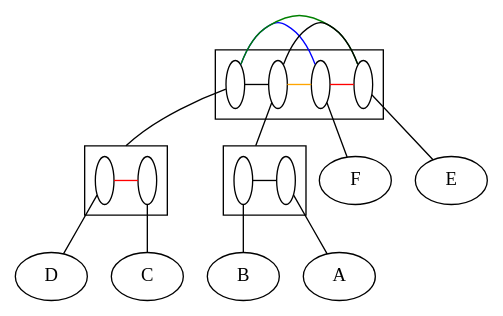
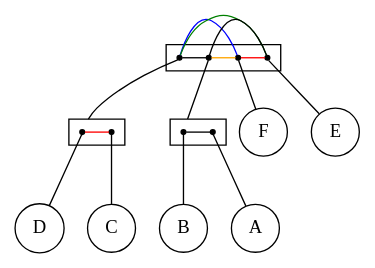
Before and after one commit to lrodrin/TFG: the diagram in src/final/Structure2.dot, drawn with Graphviz. The commit also changed 14 other files, not shown here.

```diff
--- a/src/final/Structure2.dot
+++ b/src/final/Structure2.dot
@@ -1,54 +1,56 @@
 digraph G {
-compound=True;
-F;
-E;
-B;
-A;
-D;
-C;
-subgraph cluster_FDACBE {
-s_CD [label=" ", fillcolor=white, fixedsize=True, width=0.2];
-s_AB [label=" ", fillcolor=white, fixedsize=True, width=0.2];
-s_F [label=" ", fillcolor=white, fixedsize=True, width=0.2];
-s_E [label=" ", fillcolor=white, fixedsize=True, width=0.2];
+compound=true;
+fontname=Verdana;
+fontsize=12;
+F [shape=circle];
+E [shape=circle];
+B [shape=circle];
+A [shape=circle];
+D [shape=circle];
+C [shape=circle];
+subgraph cluster_DCBFAE {
+s_DC [label=" ", fixedsize=true, shape=point];
+s_AB [label=" ", fixedsize=true, shape=point];
+s_F [label=" ", fixedsize=true, shape=point];
+s_E [label=" ", fixedsize=true, shape=point];
 subgraph  {
 rank=same;
-s_CD -> s_AB  [arrowhead=none, color=black];
-s_CD -> s_F  [arrowhead=none, color=blue];
-s_CD -> s_E  [arrowhead=none, color=green];
+s_DC -> s_AB  [arrowhead=none, color=black];
+s_DC -> s_F  [arrowhead=none, color=blue];
+s_DC -> s_E  [arrowhead=none, color=green];
 s_AB -> s_F  [arrowhead=none, color=orange];
 s_AB -> s_E  [arrowhead=none, color=black];
 s_F -> s_E  [arrowhead=none, color=red];
 }
 
 }
 
 subgraph cluster_AB {
-s_B [label=" ", fillcolor=white, fixedsize=True, width=0.2];
-s_A [label=" ", fillcolor=white, fixedsize=True, width=0.2];
+s_B [label=" ", fixedsize=true, shape=point];
+s_A [label=" ", fixedsize=true, shape=point];
 subgraph  {
 rank=same;
 s_B -> s_A  [arrowhead=none, color=black];
 }
 
 }
 
-subgraph cluster_CD {
-s_D [label=" ", fillcolor=white, fixedsize=True, width=0.2];
-s_C [label=" ", fillcolor=white, fixedsize=True, width=0.2];
+subgraph cluster_DC {
+s_D [label=" ", fixedsize=true, shape=point];
+s_C [label=" ", fixedsize=true, shape=point];
 subgraph  {
 rank=same;
 s_D -> s_C  [arrowhead=none, color=red];
 }
 
 }
 
 s_F -> F  [arrowhead=none];
 s_E -> E  [arrowhead=none];
 s_B -> B  [arrowhead=none];
 s_A -> A  [arrowhead=none];
 s_D -> D  [arrowhead=none];
 s_C -> C  [arrowhead=none];
 s_AB -> s_B  [arrowhead=none, lhead=cluster_AB];
-s_CD -> s_D  [arrowhead=none, lhead=cluster_CD];
+s_DC -> s_D  [arrowhead=none, lhead=cluster_DC];
 }
```
